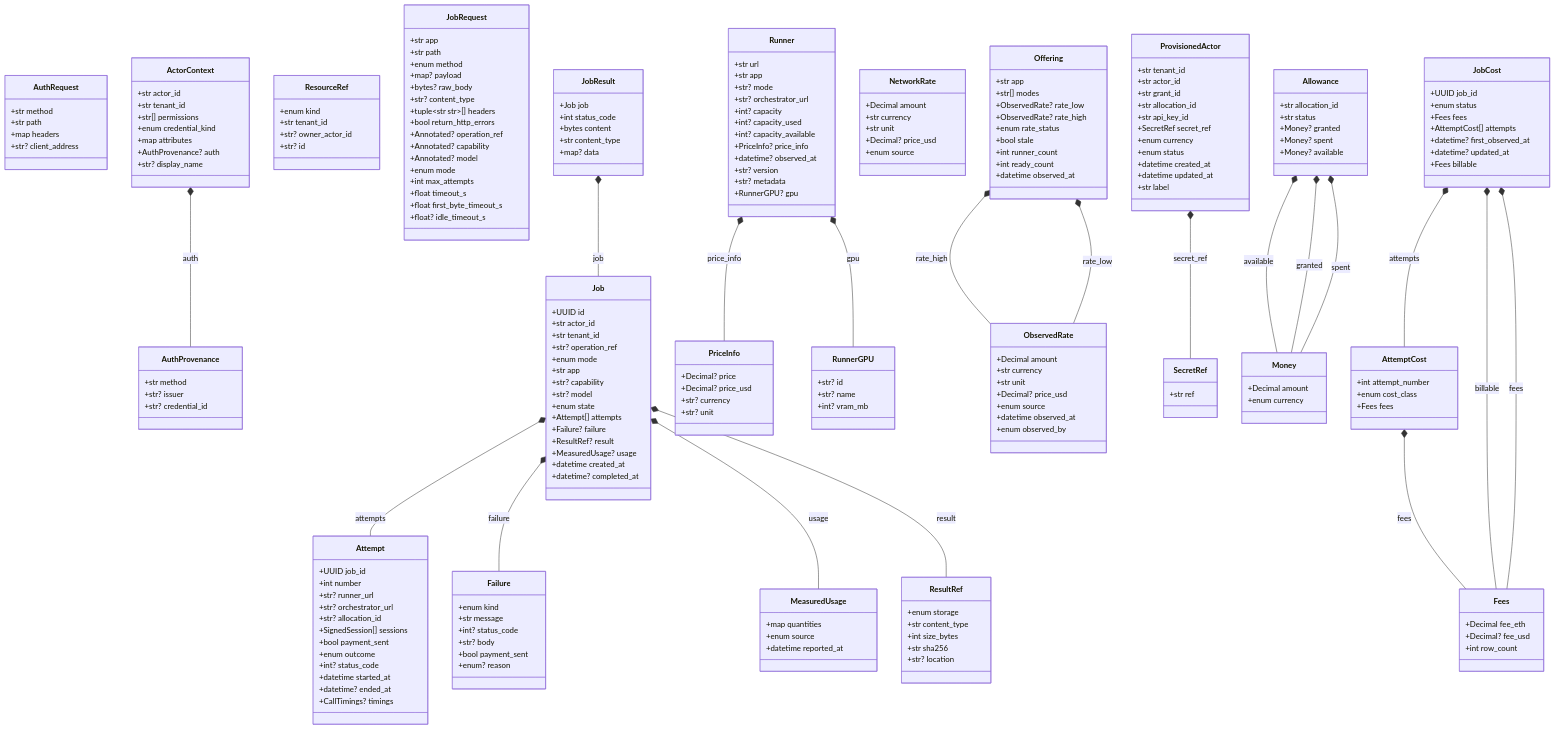
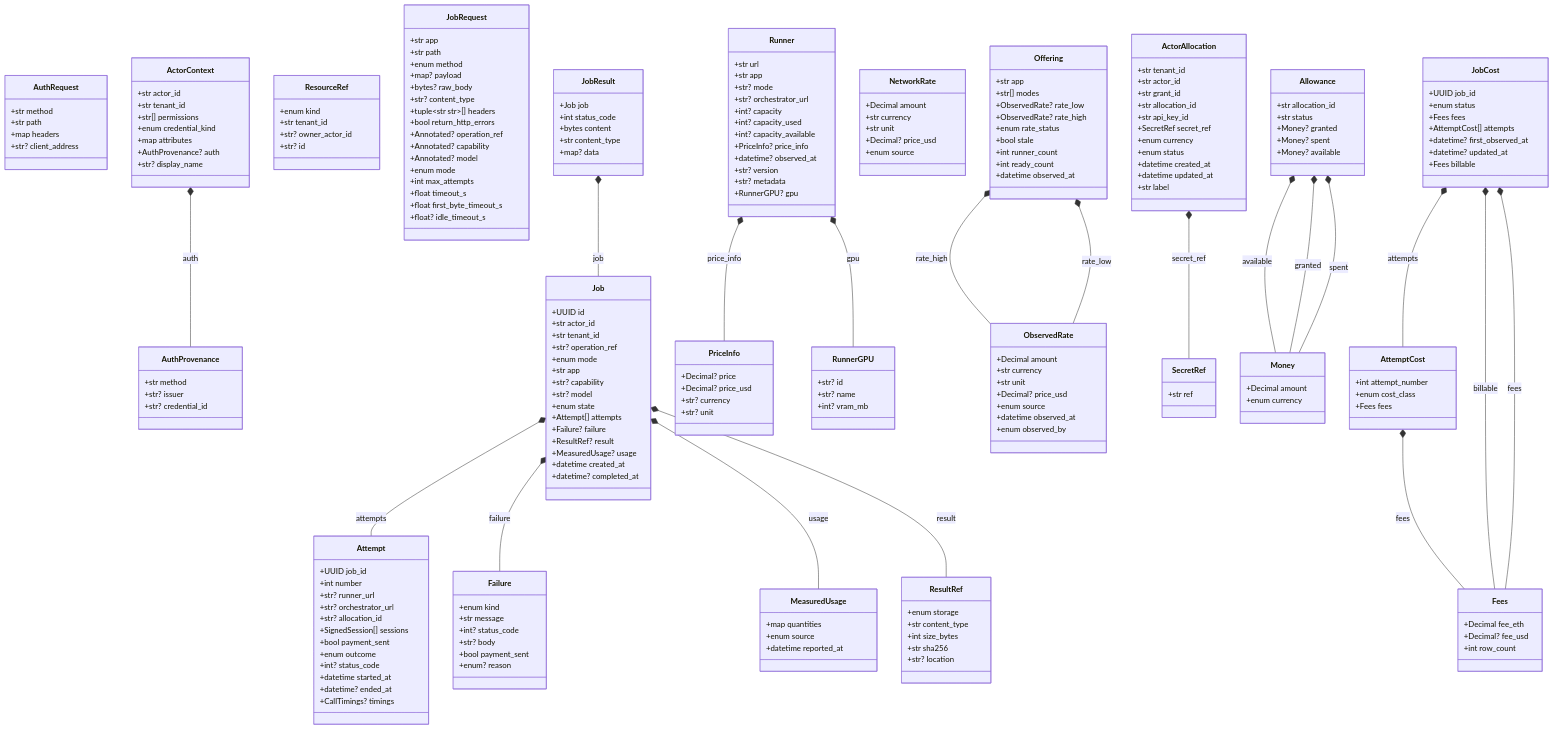
One commit to NE-Build-Track/livepeer-builder-core changed the diagram in docs/generated/contracts.md. Above: the diagram before and after it, drawn with Mermaid. The commit also changed 99 other files, not shown here.

````diff
--- a/docs/generated/contracts.md
+++ b/docs/generated/contracts.md
@@ -179,7 +179,7 @@
         +Decimal? fee_usd
         +int row_count
     }
-    class ProvisionedActor {
+    class ActorAllocation {
         +str tenant_id
         +str actor_id
         +str grant_id
@@ -206,6 +206,7 @@
         +Decimal amount
         +enum currency
     }
+    ActorAllocation *-- SecretRef : secret_ref
     ActorContext *-- AuthProvenance : auth
     Allowance *-- Money : available
     Allowance *-- Money : granted
@@ -221,7 +222,6 @@
     JobResult *-- Job : job
     Offering *-- ObservedRate : rate_high
     Offering *-- ObservedRate : rate_low
-    ProvisionedActor *-- SecretRef : secret_ref
     Runner *-- PriceInfo : price_info
     Runner *-- RunnerGPU : gpu
 ```
````
